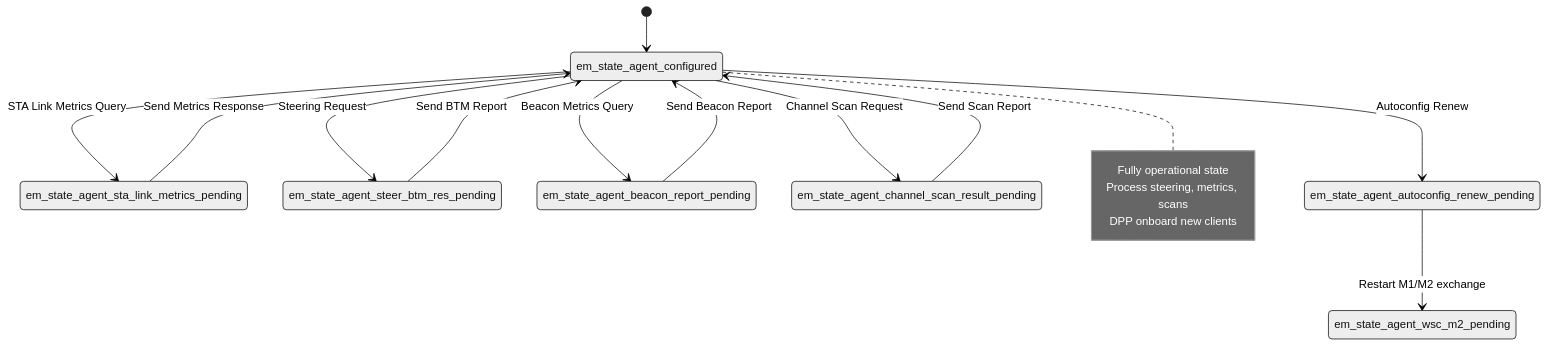
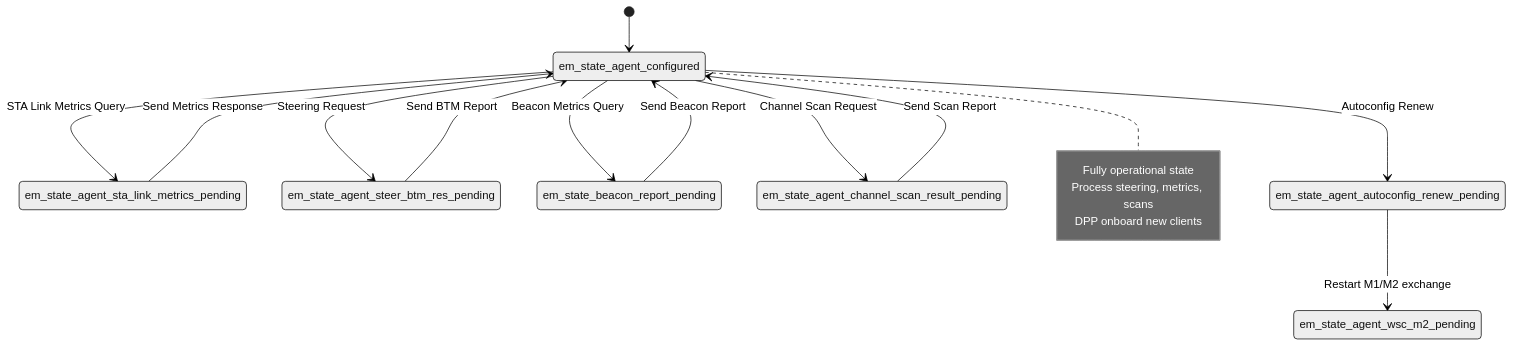
The sixth of 17 diagrams in docs/README.md (rdkcentral/unified-wifi-mesh), drawn with Mermaid (neutral theme) before and after one commit. The commit also changed other lines of this file, not shown here.

````diff
--- a/docs/README.md
+++ b/docs/README.md
@@ -310,25 +311,25 @@
 ```mermaid
 stateDiagram-v2
     [*] --> em_state_agent_configured
 
     em_state_agent_configured --> em_state_agent_sta_link_metrics_pending: STA Link Metrics Query
     em_state_agent_sta_link_metrics_pending --> em_state_agent_configured: Send Metrics Response
 
     em_state_agent_configured --> em_state_agent_steer_btm_res_pending: Steering Request
     em_state_agent_steer_btm_res_pending --> em_state_agent_configured: Send BTM Report
 
-    em_state_agent_configured --> em_state_agent_beacon_report_pending: Beacon Metrics Query
-    em_state_agent_beacon_report_pending --> em_state_agent_configured: Send Beacon Report
+    em_state_agent_configured --> em_state_beacon_report_pending: Beacon Metrics Query
+    em_state_beacon_report_pending --> em_state_agent_configured: Send Beacon Report
 
     em_state_agent_configured --> em_state_agent_channel_scan_result_pending: Channel Scan Request
     em_state_agent_channel_scan_result_pending --> em_state_agent_configured: Send Scan Report
 
     em_state_agent_configured --> em_state_agent_autoconfig_renew_pending: Autoconfig Renew
     em_state_agent_autoconfig_renew_pending --> em_state_agent_wsc_m2_pending: Restart M1/M2 exchange
 
     note right of em_state_agent_configured
         Fully operational state
         Process steering, metrics, scans
         DPP onboard new clients
     end note
 ```
````
